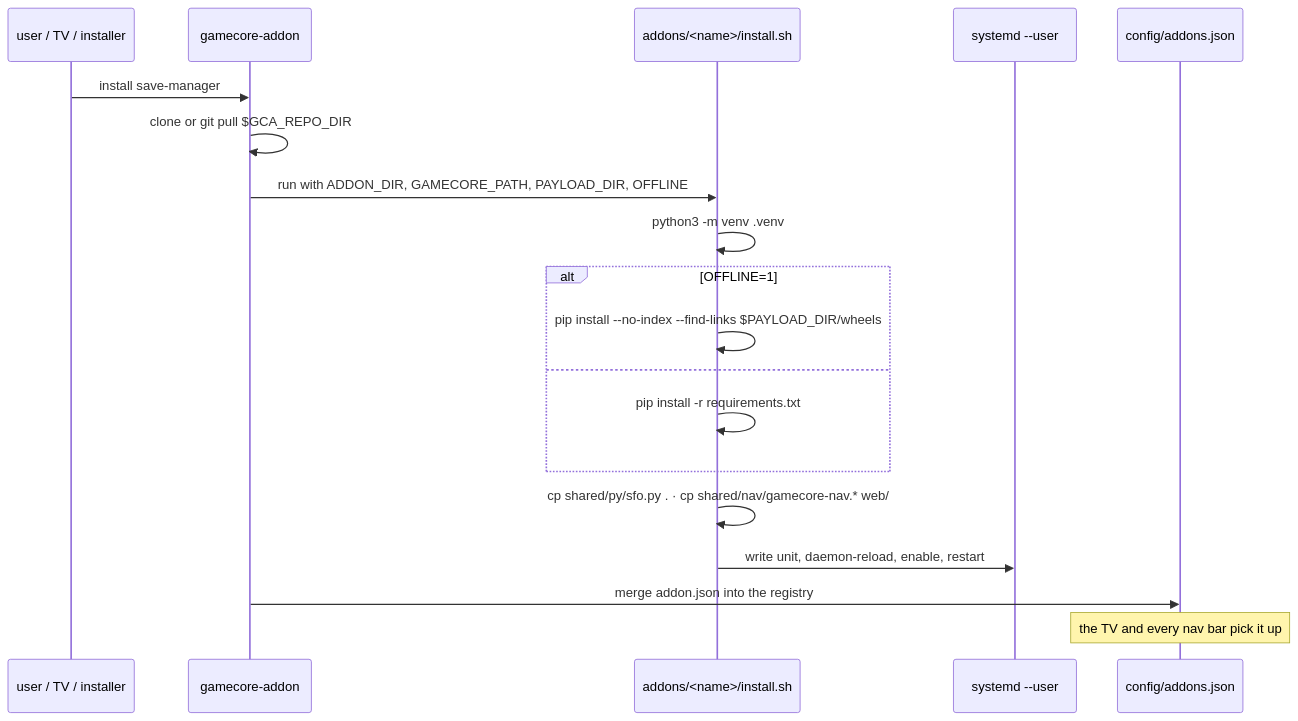
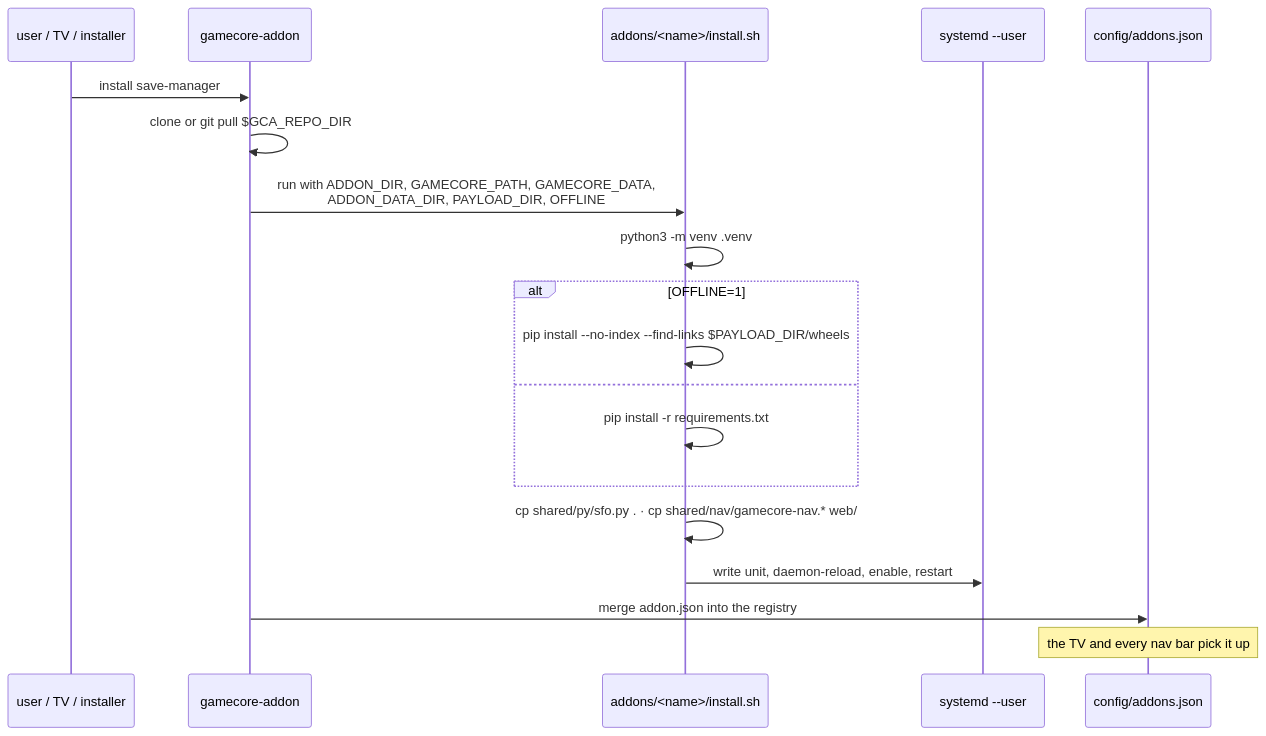
One commit to p4v1c/gamecore-addons changed the diagram in docs/architecture/02-lifecycle-and-registry.md. Above: the diagram before and after it, drawn with Mermaid. The commit also changed other lines of this file and 8 other files, not shown here.

````diff
--- a/docs/architecture/02-lifecycle-and-registry.md
+++ b/docs/architecture/02-lifecycle-and-registry.md
@@ -22,22 +22,22 @@
 ```mermaid
 sequenceDiagram
     participant u as user / TV / installer
     participant cli as gamecore-addon
     participant sh as addons/<name>/install.sh
     participant sd as systemd --user
     participant reg as config/addons.json
 
     u->>cli: install save-manager
     cli->>cli: clone or git pull $GCA_REPO_DIR
-    cli->>sh: run with ADDON_DIR, GAMECORE_PATH, PAYLOAD_DIR, OFFLINE
+    cli->>sh: run with ADDON_DIR, GAMECORE_PATH, GAMECORE_DATA,<br/>ADDON_DATA_DIR, PAYLOAD_DIR, OFFLINE
     sh->>sh: python3 -m venv .venv
     alt OFFLINE=1
         sh->>sh: pip install --no-index --find-links $PAYLOAD_DIR/wheels
     else
         sh->>sh: pip install -r requirements.txt
     end
     sh->>sh: cp shared/py/sfo.py .  ·  cp shared/nav/gamecore-nav.* web/
     sh->>sd: write unit, daemon-reload, enable, restart
     cli->>reg: merge addon.json into the registry
     Note over reg: the TV and every nav bar pick it up
 ```
````
